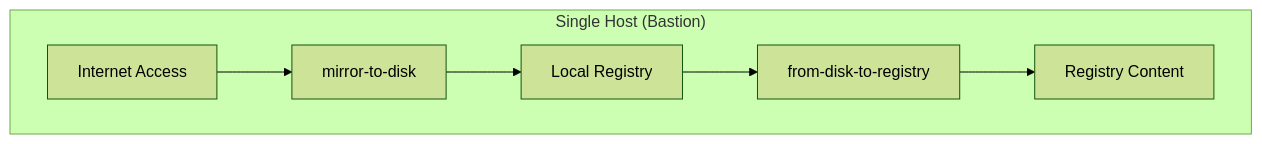
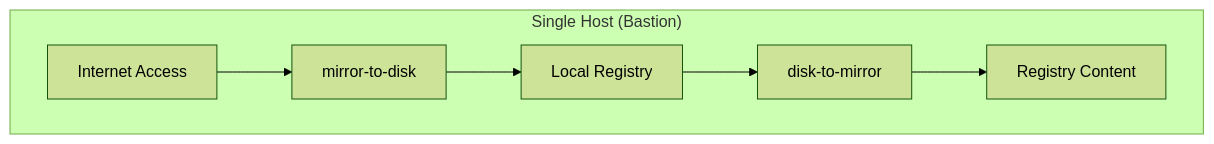
One commit to RedHatGov/oc-mirror-hackathon changed the first of 2 diagrams in docs/architecture-patterns.md. Above: the diagram before and after it, drawn with Mermaid (forest theme). The commit also changed other lines of this file and 11 other files, not shown here.

````diff
--- a/docs/architecture-patterns.md
+++ b/docs/architecture-patterns.md
@@ -30,15 +30,15 @@
 ```mermaid
 graph TB
     subgraph "Single Host (Bastion)"
         A[Internet Access]
         B[mirror-to-disk]  
         C[Local Registry]
-        D[from-disk-to-registry]
+        D[disk-to-mirror]
         E[Registry Content]
     end
     
     A --> B
     B --> C
     C --> D  
     D --> E
 ```
````
